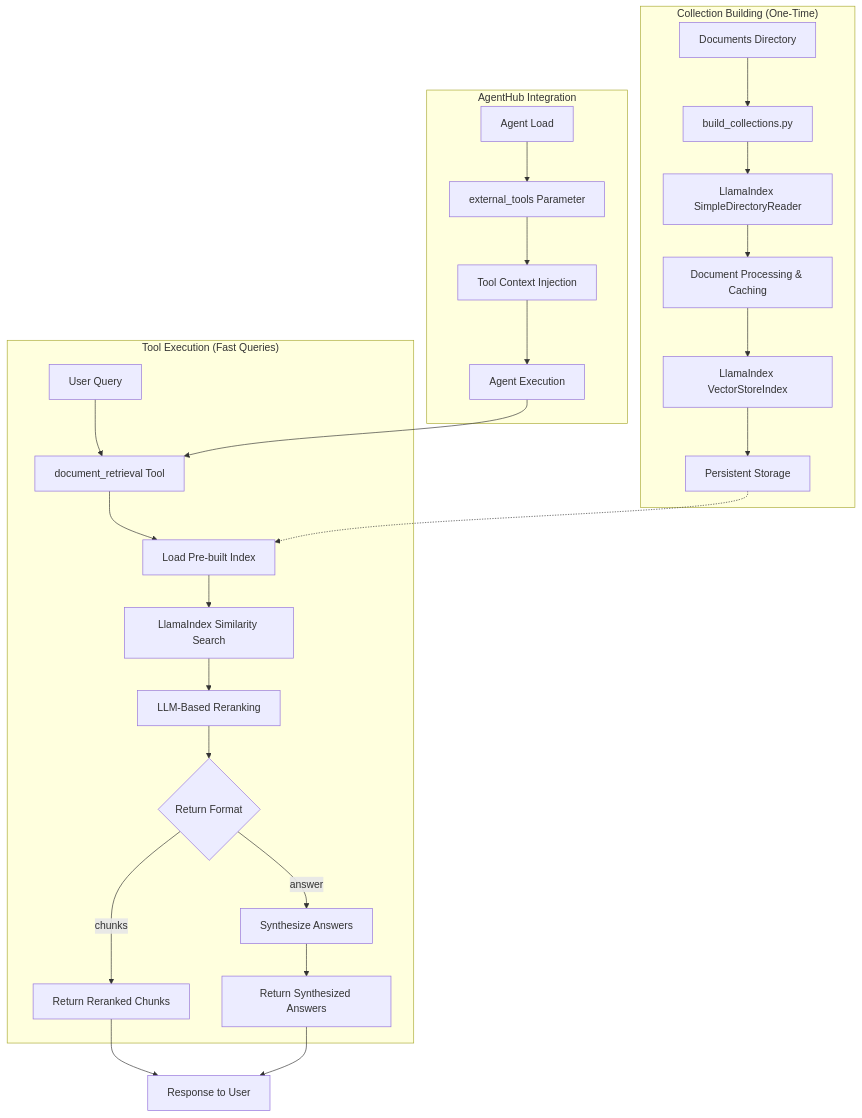
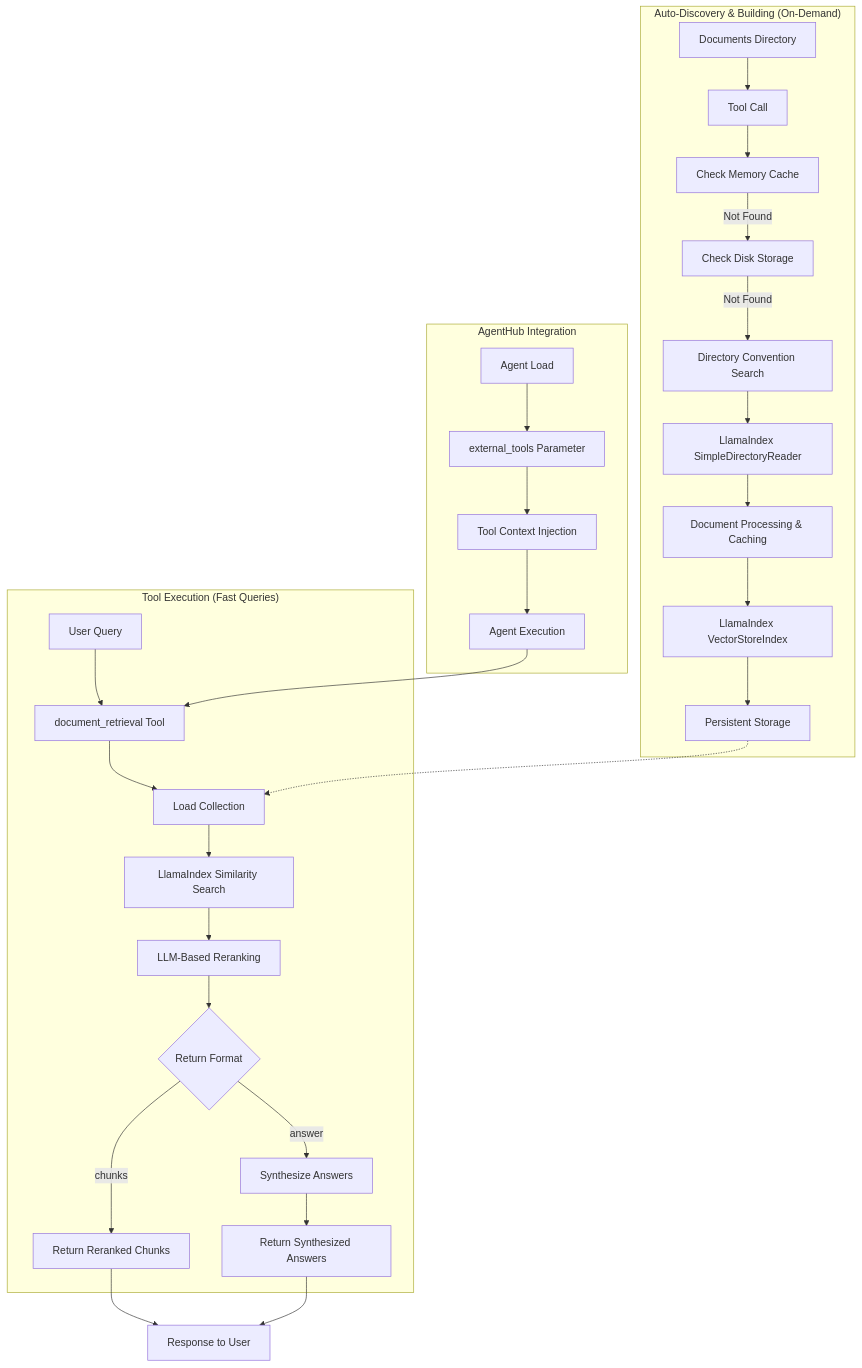
The diagram in docs/.implementation_design/phase3.3_mcp_tools/document_retrieval_tool_design.md (agentplug/agenthub), drawn with Mermaid before and after one commit. The commit also changed other lines of this file, not shown here.

First line of the commit message:
docs: update document retrieval tool design documentation

````diff
--- a/docs/.implementation_design/phase3.3_mcp_tools/document_retrieval_tool_design.md
+++ b/docs/.implementation_design/phase3.3_mcp_tools/document_retrieval_tool_design.md
@@ -27,32 +30,35 @@
 ```mermaid
 graph TB
-    subgraph "Collection Building (One-Time)"
-        A[Documents Directory] --> B[build_collections.py]
-        B --> C[LlamaIndex SimpleDirectoryReader]
-        C --> D[Document Processing & Caching]
-        D --> E[LlamaIndex VectorStoreIndex]
-        E --> F[Persistent Storage]
+    subgraph "Auto-Discovery & Building (On-Demand)"
+        A[Documents Directory] --> B[Tool Call]
+        B --> C[Check Memory Cache]
+        C -->|Not Found| D[Check Disk Storage]
+        D -->|Not Found| E[Directory Convention Search]
+        E --> F[LlamaIndex SimpleDirectoryReader]
+        F --> G[Document Processing & Caching]
+        G --> H[LlamaIndex VectorStoreIndex]
+        H --> I[Persistent Storage]
     end
     
     subgraph "Tool Execution (Fast Queries)"
-        G[User Query] --> H[document_retrieval Tool]
-        H --> I[Load Pre-built Index]
-        I --> J[LlamaIndex Similarity Search]
-        J --> K[LLM-Based Reranking]
-        K --> L{Return Format}
-        L -->|chunks| M[Return Reranked Chunks]
-        L -->|answer| N[Synthesize Answers]
-        N --> O[Return Synthesized Answers]
+        J[User Query] --> K[document_retrieval Tool]
+        K --> L[Load Collection]
+        L --> M[LlamaIndex Similarity Search]
+        M --> N[LLM-Based Reranking]
+        N --> O{Return Format}
+        O -->|chunks| P[Return Reranked Chunks]
+        O -->|answer| Q[Synthesize Answers]
+        Q --> R[Return Synthesized Answers]
     end
     
     subgraph "AgentHub Integration"
-        P[Agent Load] --> Q[external_tools Parameter]
-        Q --> R[Tool Context Injection]
-        R --> S[Agent Execution]
-        S --> H
+        S[Agent Load] --> T[external_tools Parameter]
+        T --> U[Tool Context Injection]
+        U --> V[Agent Execution]
+        V --> K
     end
     
-    F -.-> I
-    M --> T[Response to User]
-    O --> T
+    I -.-> L
+    P --> W[Response to User]
+    R --> W
 ```
````
